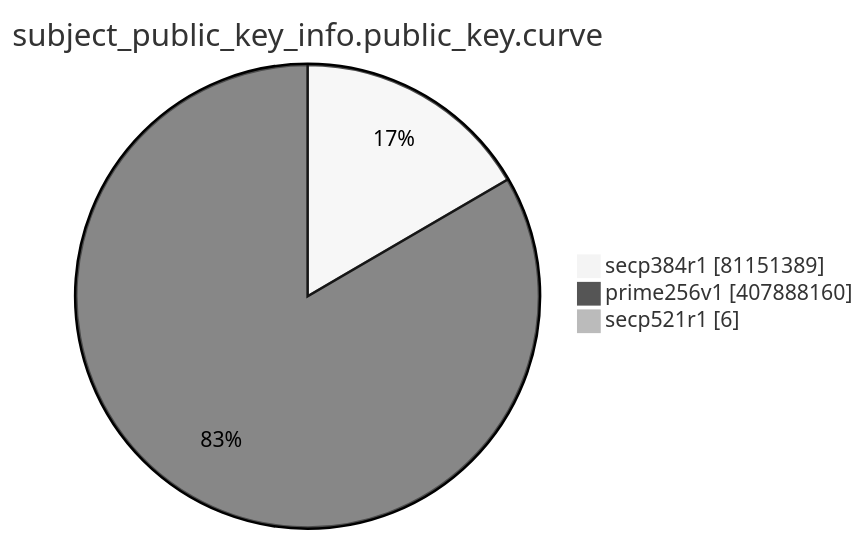
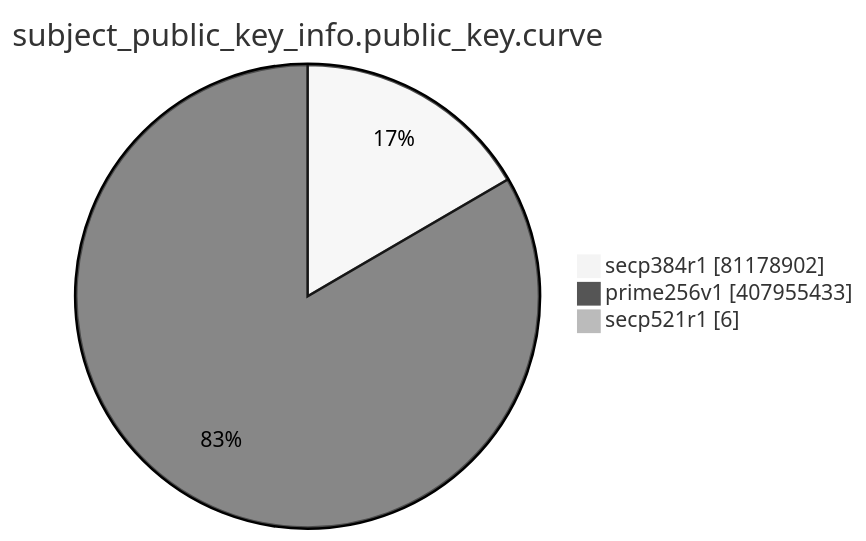
The eighth of 15 diagrams in TOTAL/README.md (christiankrug/ctmonitor_visualization), drawn with Mermaid (neutral theme) before and after one commit. The commit also changed other lines of this file, not shown here.

````diff
--- a/TOTAL/README.md
+++ b/TOTAL/README.md
@@ -3096,7 +3096,7 @@
 ```mermaid
 pie showData
 title subject_public_key_info.public_key.curve
-"secp384r1" :81151389
-"prime256v1" :407888160
+"secp384r1" :81178902
+"prime256v1" :407955433
 "secp521r1" :6
 ```
````
